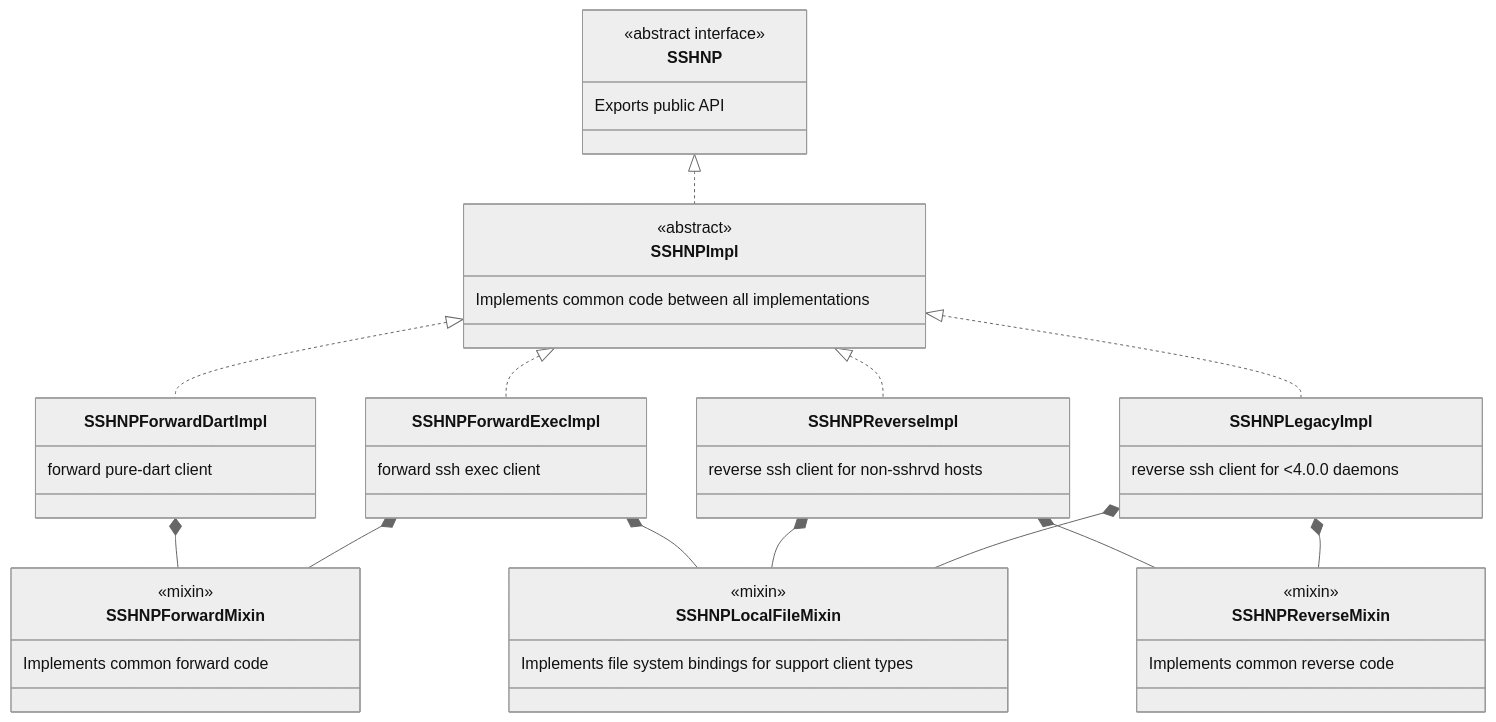
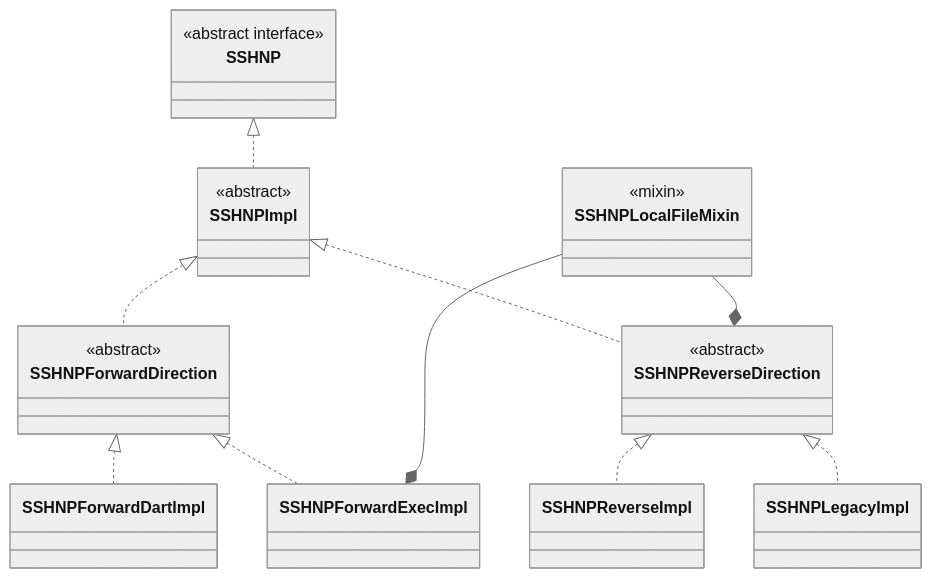
Before and after one commit to atsign-foundation/noports: the first of 2 diagrams in packages/noports_core/docs/sshnp_class_diagrams.md, drawn with Mermaid (neutral theme). The commit also changed 12 other files, not shown here.

````diff
--- a/packages/noports_core/docs/sshnp_class_diagrams.md
+++ b/packages/noports_core/docs/sshnp_class_diagrams.md
@@ -5,53 +5,32 @@
 ```mermaid
 classDiagram
-    class SSHNP{
-        <<abstract interface>>
-      Exports public API
-    }
-    class SSHNPImpl{
-        <<abstract>>
-      Implements common code between all implementations
-    }
+  SSHNP <|.. SSHNPImpl
 
-    class SSHNPForwardDartImpl {
-        forward pure-dart client
-    }
-    class SSHNPForwardExecImpl {
-        forward ssh exec client
-    }
-    class SSHNPReverseImpl {
-        reverse ssh client for non-sshrvd hosts
-    }
-    class SSHNPLegacyImpl {
-        reverse ssh client for <4.0.0 daemons
-    }
+  SSHNPImpl <|.. SSHNPForwardDirection
+  SSHNPImpl <|.. SSHNPReverseDirection
 
-    class SSHNPForwardMixin{
-      <<mixin>>
-      Implements common forward code
-    }
-    class SSHNPReverseMixin{
-      <<mixin>>
-      Implements common reverse code
-    }
-    class SSHNPLocalFileMixin{
-      <<mixin>>
-      Implements file system bindings for support client types
-    }
-    SSHNP <|.. SSHNPImpl
+  SSHNPForwardDirection <|.. SSHNPForwardDartImpl
+  SSHNPForwardDirection <|.. SSHNPForwardExecImpl
 
-    SSHNPImpl <|.. SSHNPForwardDartImpl
-    SSHNPImpl <|.. SSHNPForwardExecImpl
-    SSHNPImpl <|.. SSHNPReverseImpl
-    SSHNPImpl <|.. SSHNPLegacyImpl
+  SSHNPReverseDirection <|.. SSHNPReverseImpl
+  SSHNPReverseDirection <|.. SSHNPLegacyImpl
 
-    SSHNPForwardDartImpl *-- SSHNPForwardMixin
-    SSHNPForwardExecImpl *-- SSHNPForwardMixin
+  SSHNPLocalFileMixin --* SSHNPReverseDirection
+  SSHNPLocalFileMixin --* SSHNPForwardExecImpl
 
-    SSHNPForwardExecImpl *-- SSHNPLocalFileMixin
-    SSHNPReverseImpl *-- SSHNPLocalFileMixin
-    SSHNPLegacyImpl *-- SSHNPLocalFileMixin
-
-    SSHNPReverseImpl *-- SSHNPReverseMixin
-    SSHNPLegacyImpl *-- SSHNPReverseMixin
+  class SSHNP{
+    <<abstract interface>>
+  }
+  class SSHNPImpl{
+    <<abstract>>
+  }
+  class SSHNPForwardDirection{
+    <<abstract>>
+  }
+  class SSHNPReverseDirection{
+    <<abstract>>
+  }
+  class SSHNPLocalFileMixin{
+    <<mixin>>
+  }
 ```
````
